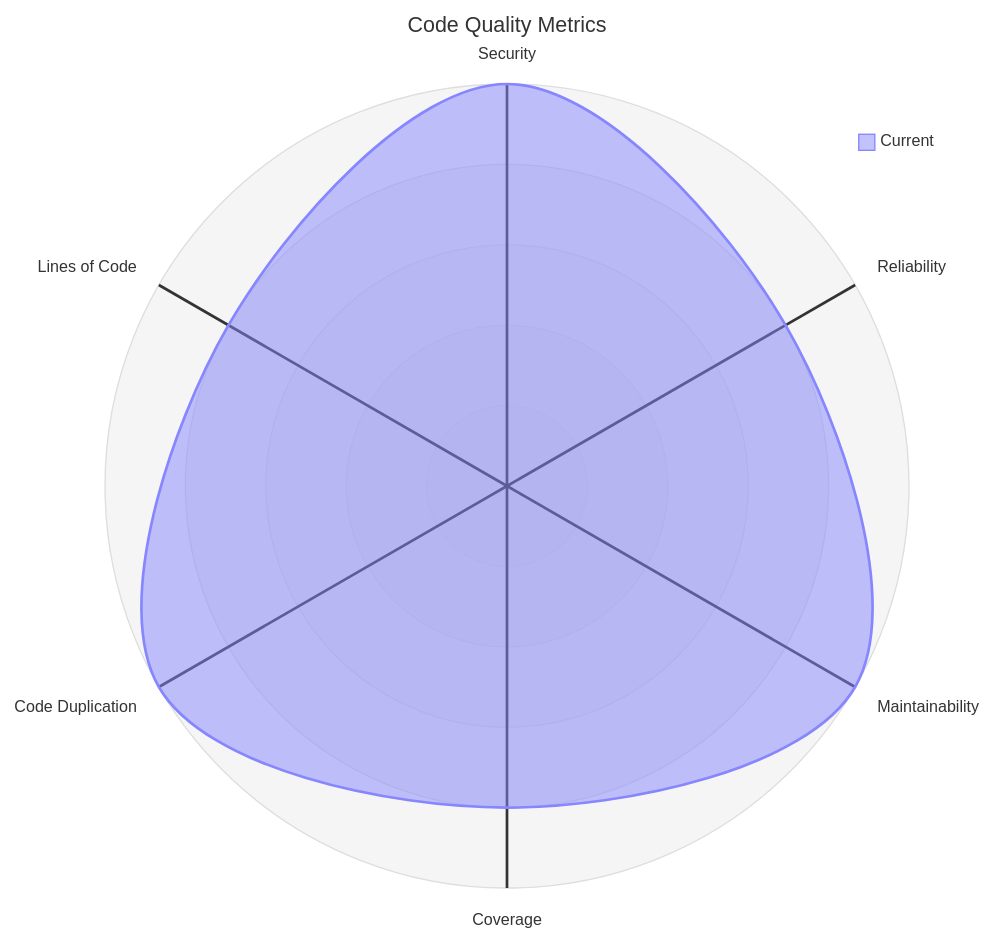
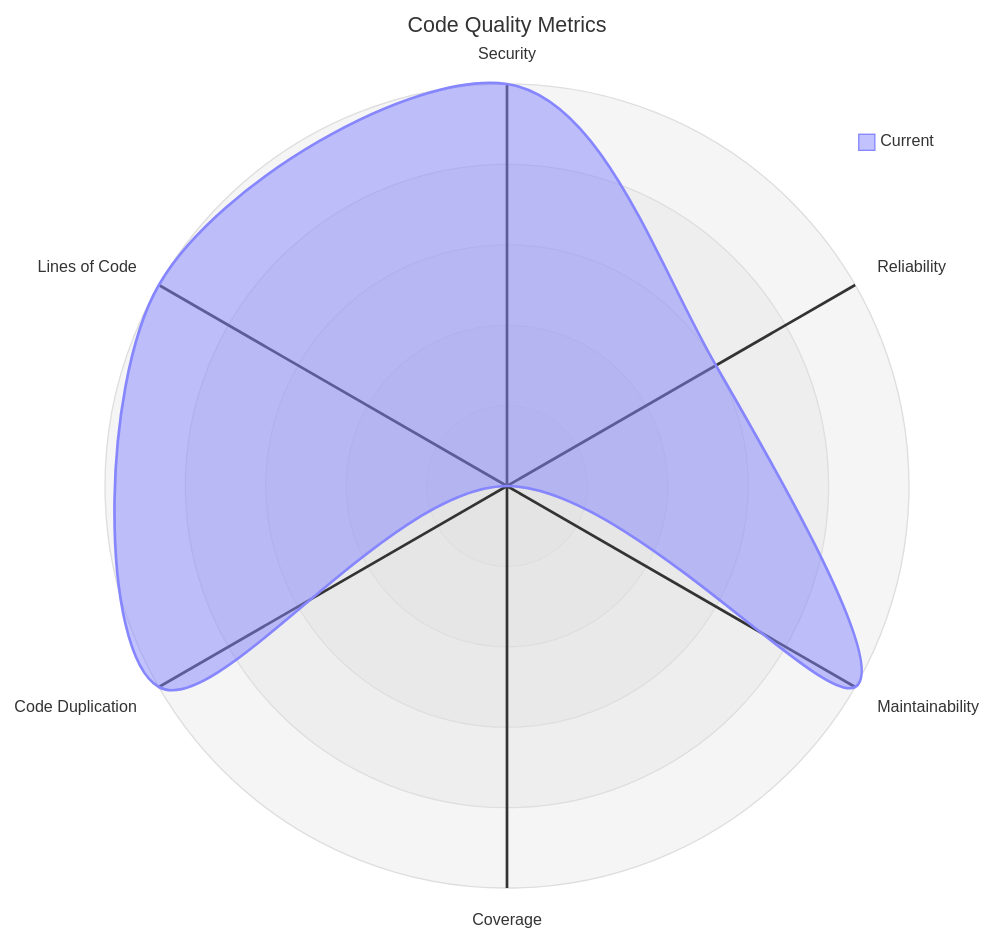
The diagram in codequality/report.md (merlinbecker/CodexMiroir), drawn with Mermaid before and after one commit. The commit also changed other lines of this file, not shown here.

````diff
--- a/codequality/report.md
+++ b/codequality/report.md
@@ -3,11 +3,11 @@
 ```mermaid
 ---
 title: "Code Quality Metrics"
 ---
 radar-beta
   axis s["Security"], r["Reliability"], m["Maintainability"]
   axis c["Coverage"], d["Code Duplication"], l["Lines of Code"]
-  curve current["Current"]{5, 4, 5, 4, 5, 4}
+  curve current["Current"]{5, 3, 5, 0, 5, 5}
   max 5
   min 0
 ```
````
